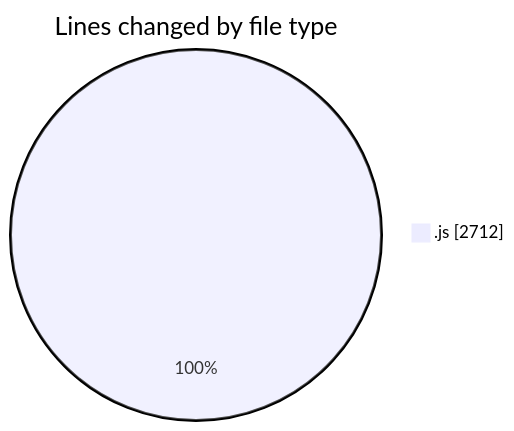
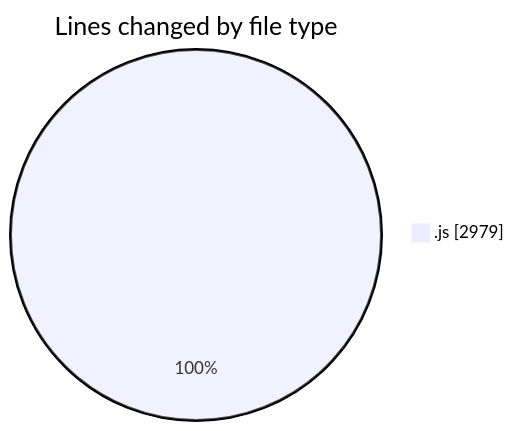
The first of 2 diagrams in 2025-10-16/nxtqube_webapp/README.md (nxtqubesakshisongat/code-tracking), drawn with Mermaid before and after one commit. The commit also changed other lines of this file and 1 other file, not shown here.

````diff
--- a/2025-10-16/nxtqube_webapp/README.md
+++ b/2025-10-16/nxtqube_webapp/README.md
@@ -20,5 +20,5 @@
 ```mermaid
 pie showData
 title Lines changed by file type
-".js" : 2712
+".js" : 2979
 ```
````
